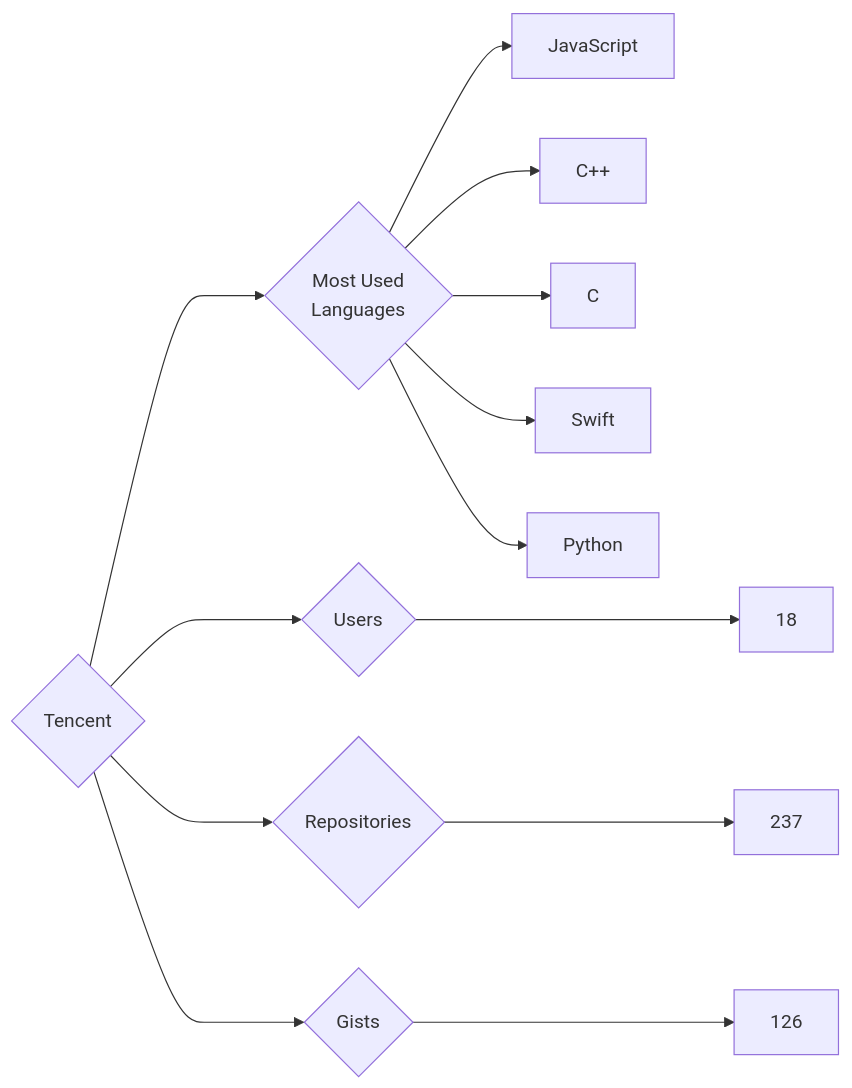
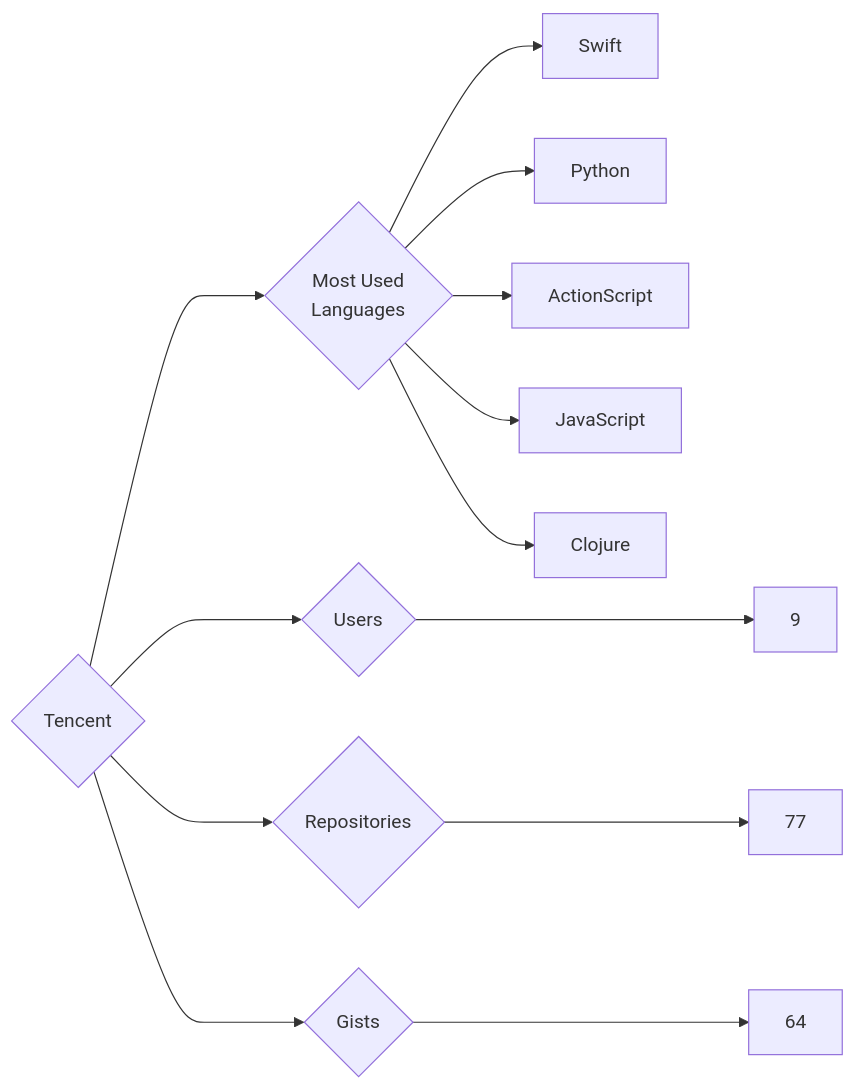
The diagram in targets/Tencent/README.md (trickest/insiders), drawn with Mermaid before and after one commit. The commit also changed 1496 other files, not shown here.

````diff
--- a/targets/Tencent/README.md
+++ b/targets/Tencent/README.md
@@ -3,13 +3,13 @@
 ```mermaid
 graph LR
 COMPANY_NAME{Tencent}
-COMPANY_NAME ---> U{Users} ---> UN[18]
-COMPANY_NAME ---> R{Repositories} ---> RN[237]
-COMPANY_NAME ---> G{Gists} ---> GN[126]
+COMPANY_NAME ---> U{Users} ---> UN[9]
+COMPANY_NAME ---> R{Repositories} ---> RN[77]
+COMPANY_NAME ---> G{Gists} ---> GN[64]
 COMPANY_NAME ---> ML{Most Used<br>Languages}
-ML --> JavaScript[JavaScript]
-ML --> C++[C++]
-ML --> C[C]
 ML --> Swift[Swift]
 ML --> Python[Python]
+ML --> ActionScript[ActionScript]
+ML --> JavaScript[JavaScript]
+ML --> Clojure[Clojure]
 ```
````
